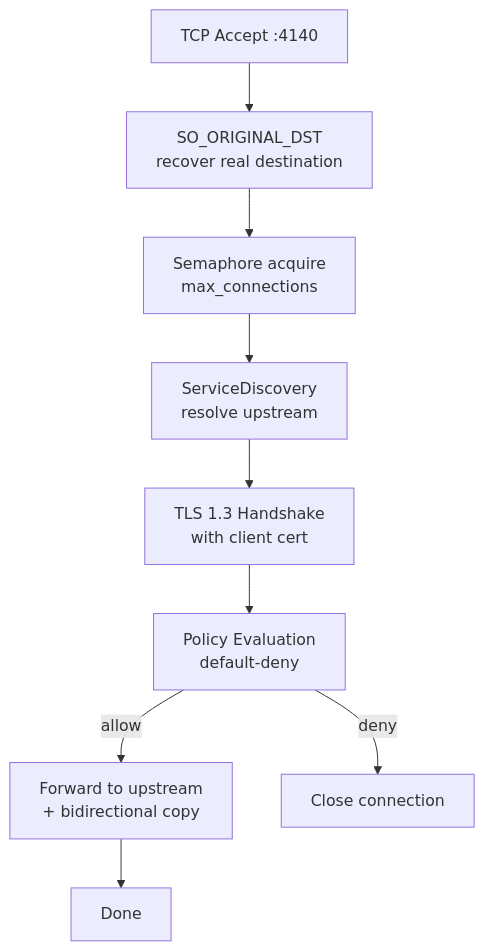
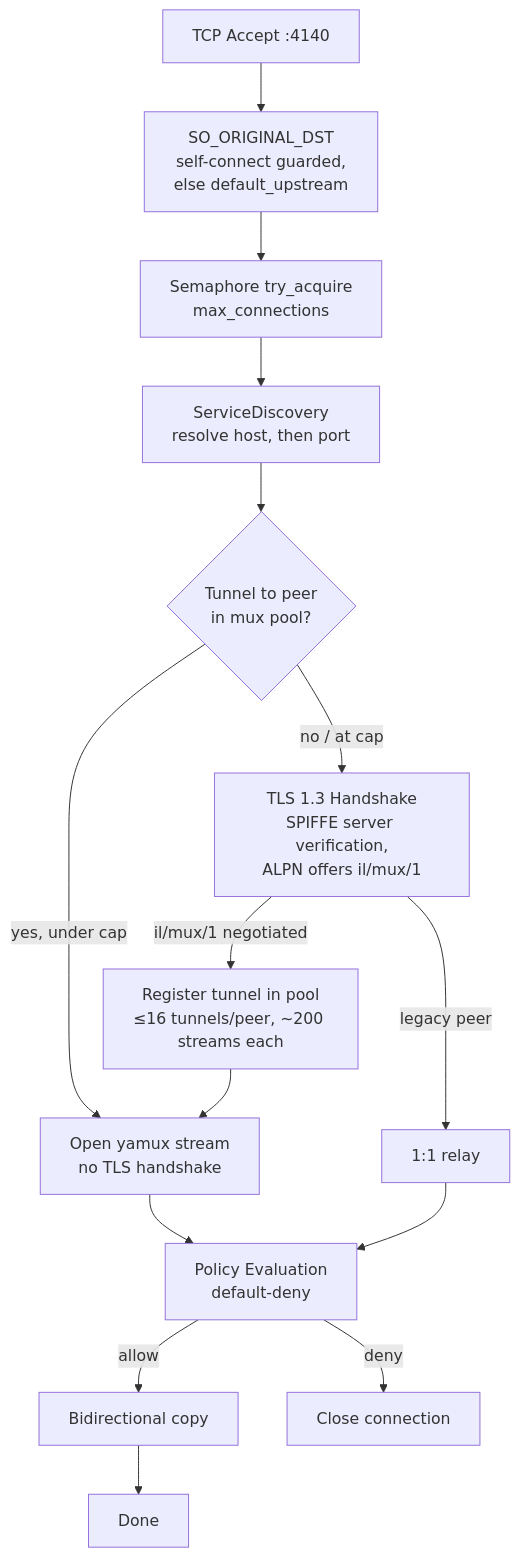
Before and after one commit to alexandernicholson/interlink: the third of 3 diagrams in docs/architecture/overview.md, drawn with Mermaid. The commit also changed other lines of this file and 6 other files, not shown here.

First line of the commit message:
docs: sync all docs and diagrams with sidecar model, mux pool, and verified memory root cause

````diff
--- a/docs/architecture/overview.md
+++ b/docs/architecture/overview.md
@@ -46,11 +48,17 @@
 ```mermaid
 flowchart TD
-    ACC[TCP Accept :4140] --> SO[SO_ORIGINAL_DST<br/>recover real destination]
-    SO --> SEM[Semaphore acquire<br/>max_connections]
-    SEM --> DISC[ServiceDiscovery<br/>resolve upstream]
-    DISC --> TLS[TLS 1.3 Handshake<br/>with client cert]
-    TLS --> POL[Policy Evaluation<br/>default-deny]
-    POL -->|allow| FWD[Forward to upstream<br/>+ bidirectional copy]
+    ACC[TCP Accept :4140] --> SO[SO_ORIGINAL_DST<br/>self-connect guarded,<br/>else default_upstream]
+    SO --> SEM[Semaphore try_acquire<br/>max_connections]
+    SEM --> DISC[ServiceDiscovery<br/>resolve host, then port]
+    DISC --> ROUTE{Tunnel to peer<br/>in mux pool?}
+    ROUTE -->|yes, under cap| STREAM[Open yamux stream<br/>no TLS handshake]
+    ROUTE -->|no / at cap| TLS[TLS 1.3 Handshake<br/>SPIFFE server verification,<br/>ALPN offers il/mux/1]
+    TLS -->|il/mux/1 negotiated| REG[Register tunnel in pool<br/>≤16 tunnels/peer, ~200 streams each]
+    REG --> STREAM
+    TLS -->|legacy peer| RELAY[1:1 relay]
+    STREAM --> POL[Policy Evaluation<br/>default-deny]
+    RELAY --> POL
+    POL -->|allow| FWD[Bidirectional copy]
     POL -->|deny| CLOSE[Close connection]
     FWD --> DONE[Done]
 ```
````
